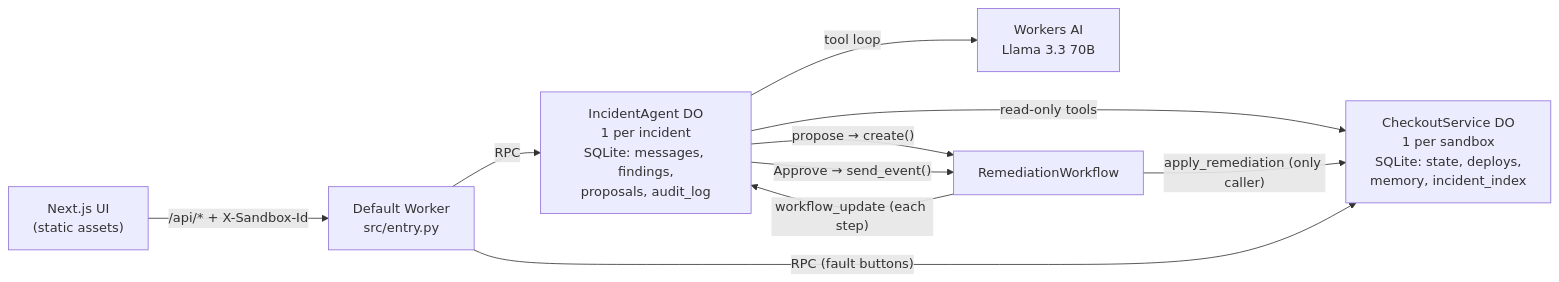
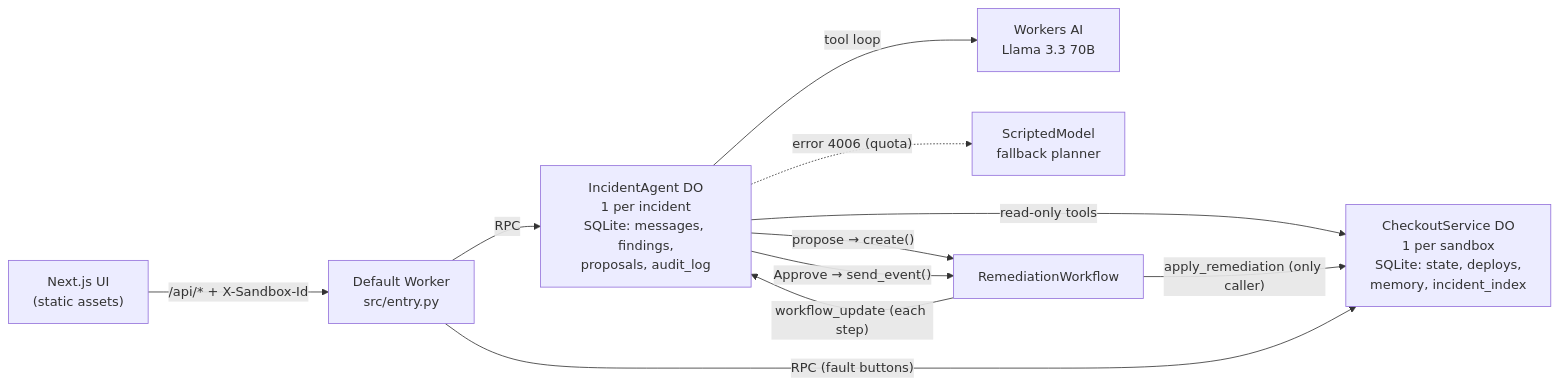
One commit to bandhanp1804/cf_ai_oncall_copilot changed the diagram in README.md. Above: the diagram before and after it, drawn with Mermaid. The commit also changed other lines of this file and 2 other files, not shown here.

First line of the commit message:
Docs: rewrite design doc and README architecture in ASD-STE100

````diff
--- a/README.md
+++ b/README.md
@@ -28,12 +32,13 @@
 ```mermaid
 flowchart LR
   UI["Next.js UI<br/>(static assets)"] -- "/api/* + X-Sandbox-Id" --> W["Default Worker<br/>src/entry.py"]
   W -- RPC --> A["IncidentAgent DO<br/>1 per incident<br/>SQLite: messages, findings,<br/>proposals, audit_log"]
   W -- "RPC (fault buttons)" --> S["CheckoutService DO<br/>1 per sandbox<br/>SQLite: state, deploys,<br/>memory, incident_index"]
   A -- "tool loop" --> AI["Workers AI<br/>Llama 3.3 70B"]
+  A -. "error 4006 (quota)" .-> SM["ScriptedModel<br/>fallback planner"]
   A -- "read-only tools" --> S
   A -- "propose → create()" --> WF["RemediationWorkflow"]
   A -- "Approve → send_event()" --> WF
   WF -- "apply_remediation (only caller)" --> S
   WF -- "workflow_update (each step)" --> A
 ```
````
